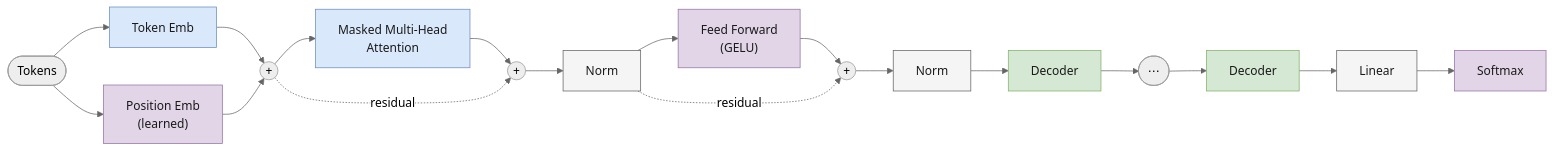
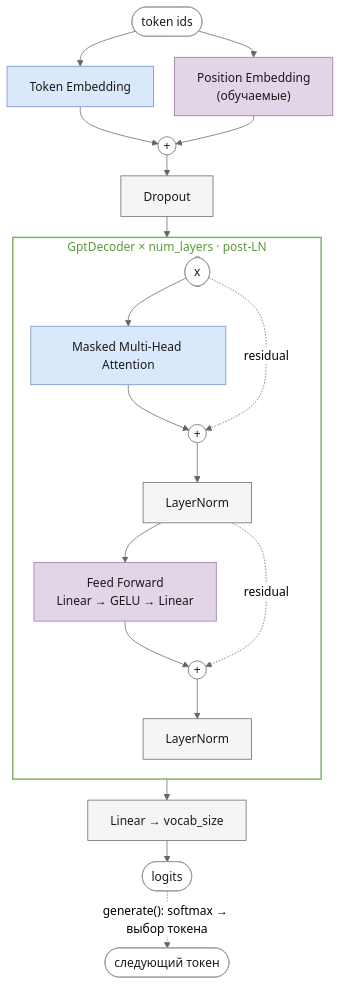
Before and after one commit to pese-git/llm-arch-research: the first of 4 diagrams in docs/gpt.md, drawn with Mermaid (neutral theme). The commit also changed other lines of this file and 8 other files, not shown here.

First line of the commit message:
docs: redraw architecture diagrams in Mermaid, show RoPE explicitly

````diff
--- a/docs/gpt.md
+++ b/docs/gpt.md
@@ -14,21 +14,38 @@
 ```mermaid
-flowchart LR
-    Tokens(["Tokens"]) --> TokEmb["Token Emb"]:::blue
-    Tokens --> PosEmb["Position Emb<br/>(learned)"]:::purple
-    TokEmb --> Sum(("+"))
+%%{init: {"flowchart": {"rankSpacing": 28, "nodeSpacing": 28}}}%%
+flowchart TB
+    Ids(["token ids"]):::io --> TokEmb["Token Embedding"]:::blue
+    Ids --> PosEmb["Position Embedding<br/>(обучаемые)"]:::purple
+    TokEmb --> Sum(("+")):::add
     PosEmb --> Sum
-    Sum --> Attn["Masked Multi-Head<br/>Attention"]:::blue
-    Attn --> A1(("+"))
-    Sum -.->|residual| A1
-    A1 --> N1["Norm"]:::gray
-    N1 --> FFN["Feed Forward<br/>(GELU)"]:::purple
-    FFN --> A2(("+"))
-    N1 -.->|residual| A2
-    A2 --> N2["Norm"]:::gray
-    N2 --> Dc2["Decoder"]:::green --> Dots(["⋯"]) --> Dc5["Decoder"]:::green --> Lin["Linear"]:::gray --> Soft["Softmax"]:::purple
+    Sum --> Drop["Dropout"]:::gray
+    subgraph Dec["GptDecoder × num_layers · post-LN"]
+        direction TB
+        X(["x"]):::io --> Attn["Masked Multi-Head Attention"]:::blue
+        Attn --> A1(("+")):::add
+        X -. residual .-> A1
+        A1 --> N1["LayerNorm"]:::gray
+        N1 --> FFN["Feed Forward<br/>Linear → GELU → Linear"]:::purple
+        FFN --> A2(("+")):::add
+        N1 -. residual .-> A2
+        A2 --> N2["LayerNorm"]:::gray
+    end
+    Drop --> Dec
+    Dec --> Lin
+    Lin["Linear → vocab_size"]:::gray --> Out(["logits"]):::io
+    Out -. "generate(): softmax → выбор токена" .-> Next(["следующий токен"]):::io
+    style Dec fill:transparent,stroke:#82b366,stroke-width:2px,color:#5b9a3c
 
+    classDef io fill:#ffffff,stroke:#999999,color:#1a1a1a;
+    classDef add fill:#ffffff,stroke:#666666,color:#1a1a1a;
     classDef blue fill:#dae8fc,stroke:#6c8ebf,color:#1a1a1a;
+    classDef blueHl fill:#dae8fc,stroke:#2f5f9e,stroke-width:3px,color:#1a1a1a;
     classDef purple fill:#e1d5e7,stroke:#9673a6,color:#1a1a1a;
-    classDef green fill:#d5e8d4,stroke:#82b366,color:#1a1a1a;
+    classDef purpleHl fill:#e1d5e7,stroke:#6a3d85,stroke-width:3px,color:#1a1a1a;
     classDef gray fill:#f5f5f5,stroke:#666666,color:#1a1a1a;
+    classDef grayHl fill:#f5f5f5,stroke:#333333,stroke-width:3px,color:#1a1a1a;
+    classDef gold fill:#fff2cc,stroke:#d6b656,color:#1a1a1a;
+    classDef rope fill:#d5f0ec,stroke:#3a9e8f,color:#1a1a1a;
+    classDef ropeHl fill:#d5f0ec,stroke:#1f6f63,stroke-width:3px,color:#1a1a1a;
+    classDef dim fill:#f5f5f5,stroke:#bbbbbb,color:#999999,stroke-dasharray:4 3;
 ```
````
